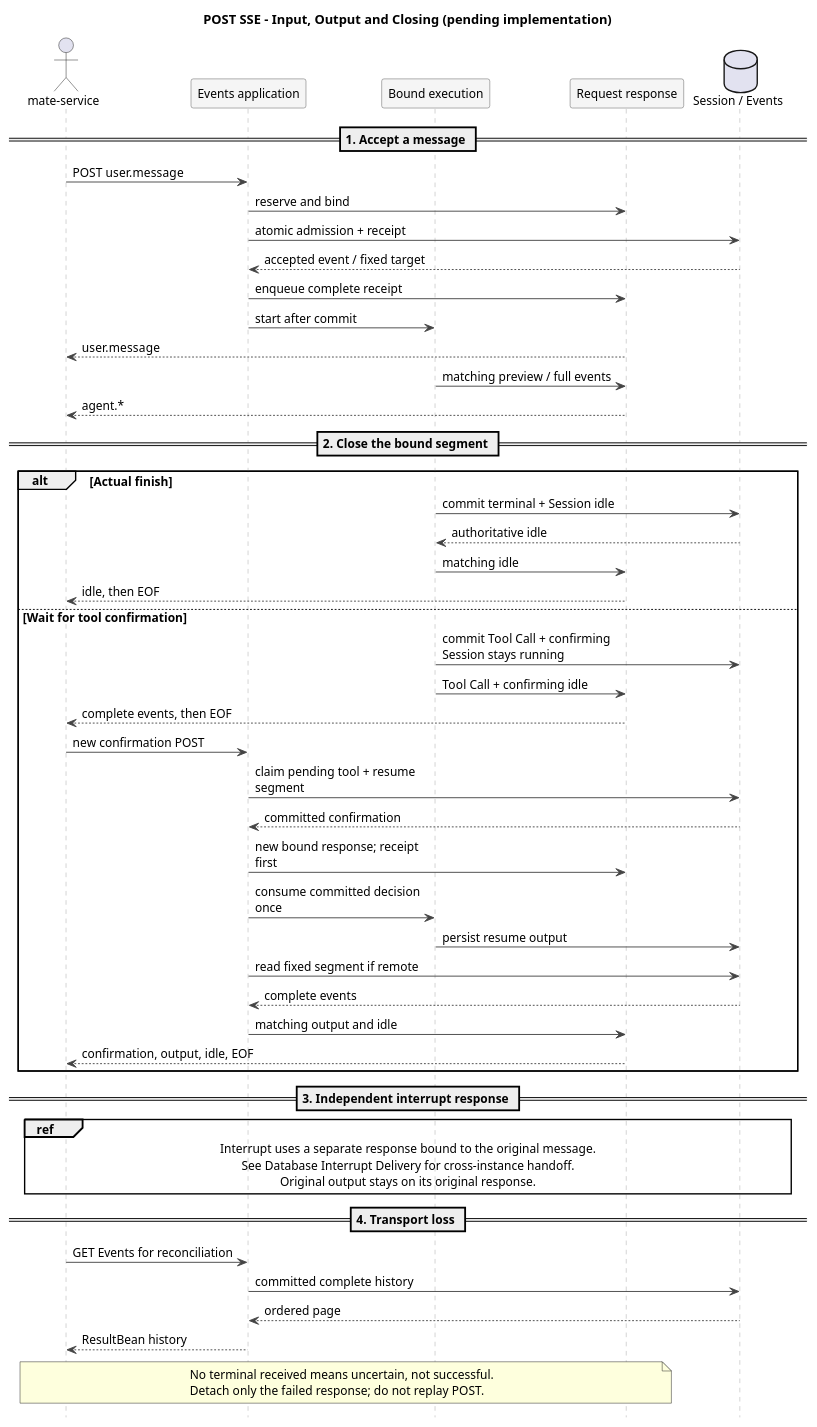
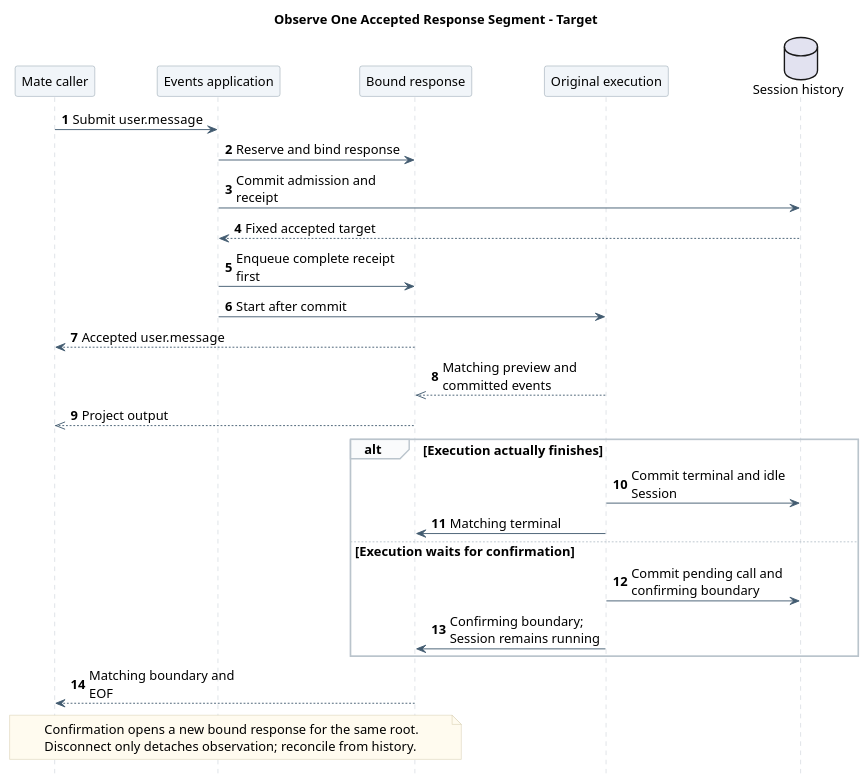
One commit to ssm0808/pi-mono-java-design changed the third of 6 diagrams in 01-总体架构/01-CampusClaw多Agent运行时/设计图/事件接口重设计/diagram.puml. Above: the diagram before and after it, drawn with PlantUML. The commit also changed other lines of this file and 120 other files, not shown here.

Commit message:
docs(diagrams): 统一全仓职责级时序图表达与校验

```diff
--- a/01-总体架构/01-CampusClaw多Agent运行时/设计图/事件接口重设计/diagram.puml
+++ b/01-总体架构/01-CampusClaw多Agent运行时/设计图/事件接口重设计/diagram.puml
@@ -158,86 +158,61 @@
 @startuml target_session_live_stream_lifecycle
 ' Stable block name retained for existing SVG links; this is no longer a GET stream.
 ' Source evidence: pi-mono-java 918005ee8ccc88d179fc31a0de17a92b4a01383b.
 ' campusclaw/src/main/java/com/huawei/hicampus/claw/codingagent/runtimeapi/event/RuntimeTerminalEventFactory.java,
 ' emit, lines 34-57: current idle plus stream.end, or stream.error on failure.
 ' campusclaw/src/main/java/com/huawei/hicampus/claw/codingagent/runtimeapi/web/RuntimeSseEmitterSubscriber.java,
 ' onEvent/onComplete, lines 33-49: named SSE; explicit emitter completion.
 ' Confirmed: one POST for input/output, user receipt first, data-only and type+phase.
 ' Confirmed pending implementation: matching idle ends this response, including confirmation waits.
 ' Design reason: do not keep a completed request open for unrelated later messages.
 ' Confirmed: original output stays on A; B receives receipt and the same stop idle only.
 ' Confirmed pending implementation: durable DB stop requests and per-instance batch polling; no Redis.
 ' Batch 2026-09-08.1 confirms root references, control races and failure semantics.
 ' Source evidence: pi-mono-java dfb90ca RuntimeEntryCodec; current projection still exposes Entry IDs.
 ' Pending implementation: DB confirmation handoff; preview remains local and best-effort.
+' Presentation: one responsibility-level scenario; implementation details remain in the linked document.
 skinparam backgroundColor white
+skinparam defaultFontName SansSerif
+skinparam defaultFontSize 14
 skinparam shadowing false
-skinparam defaultFontName Arial
-skinparam defaultFontSize 13
+skinparam sequenceMessageAlign left
+skinparam maxMessageSize 180
+skinparam sequenceArrowColor #425B70
+skinparam sequenceLifeLineBorderColor #BAC4CC
+skinparam sequenceParticipantBackgroundColor #F1F5F9
+skinparam sequenceParticipantBorderColor #8496A4
+skinparam sequenceGroupBackgroundColor #FAFBFC
+skinparam sequenceGroupBorderColor #BAC4CC
+skinparam noteBackgroundColor #FFFBEF
+skinparam noteBorderColor #D2C6A5
 hide footbox
-skinparam BoxPadding 10
-skinparam maxMessageSize 190
-skinparam sequenceMessageAlign left
-skinparam sequence {
-  ParticipantBackgroundColor #F5F5F5
-  ParticipantBorderColor #555555
-  LifeLineBorderColor #A0A0A0
-  ArrowColor #444444
-}
-title POST SSE - Input, Output and Closing (pending implementation)
-actor "mate-service" as Client
+autonumber
+
+title Observe One Accepted Response Segment - Target
+participant "Mate caller" as Client
 participant "Events application" as API
-participant "Bound execution" as Run
-participant "Request response" as Response
-database "Session / Events" as DB
-
-== 1. Accept a message ==
-Client -> API : POST user.message
-API -> Response : reserve and bind
-API -> DB : atomic admission + receipt
-DB --> API : accepted event / fixed target
-API -> Response : enqueue complete receipt
-API -> Run : start after commit
-Response --> Client : user.message
-Run -> Response : matching preview / full events
-Response --> Client : agent.*
-
-== 2. Close the bound segment ==
-alt Actual finish
-  Run -> DB : commit terminal + Session idle
-  DB --> Run : authoritative idle
-  Run -> Response : matching idle
-  Response --> Client : idle, then EOF
-else Wait for tool confirmation
-  Run -> DB : commit Tool Call + confirming\nSession stays running
-  Run -> Response : Tool Call + confirming idle
-  Response --> Client : complete events, then EOF
-  Client -> API : new confirmation POST
-  API -> DB : claim pending tool + resume segment
-  DB --> API : committed confirmation
-  API -> Response : new bound response; receipt first
-  API -> Run : consume committed decision once
-  Run -> DB : persist resume output
-  API -> DB : read fixed segment if remote
-  DB --> API : complete events
-  API -> Response : matching output and idle
-  Response --> Client : confirmation, output, idle, EOF
+participant "Bound response" as Response
+participant "Original execution" as Run
+database "Session history" as DB
+Client -> API : Submit user.message
+API -> Response : Reserve and bind response
+API -> DB : Commit admission and receipt
+DB --> API : Fixed accepted target
+API -> Response : Enqueue complete receipt first
+API -> Run : Start after commit
+Response --> Client : Accepted user.message
+Run -->> Response : Matching preview and committed events
+Response -->> Client : Project output
+alt Execution actually finishes
+  Run -> DB : Commit terminal and idle Session
+  Run -> Response : Matching terminal
+else Execution waits for confirmation
+  Run -> DB : Commit pending call and confirming boundary
+  Run -> Response : Confirming boundary; Session remains running
 end
-
-== 3. Independent interrupt response ==
-ref over Client,DB
-Interrupt uses a separate response bound to the original message.
-See Database Interrupt Delivery for cross-instance handoff.
-Original output stays on its original response.
-end ref
-
-== 4. Transport loss ==
-Client -> API : GET Events for reconciliation
-API -> DB : committed complete history
-DB --> API : ordered page
-API --> Client : ResultBean history
+Response --> Client : Matching boundary and EOF
 note over Client,Response
-No terminal received means uncertain, not successful.
-Detach only the failed response; do not replay POST.
+  Confirmation opens a new bound response for the same root.
+  Disconnect only detaches observation; reconcile from history.
 end note
 @enduml
```
